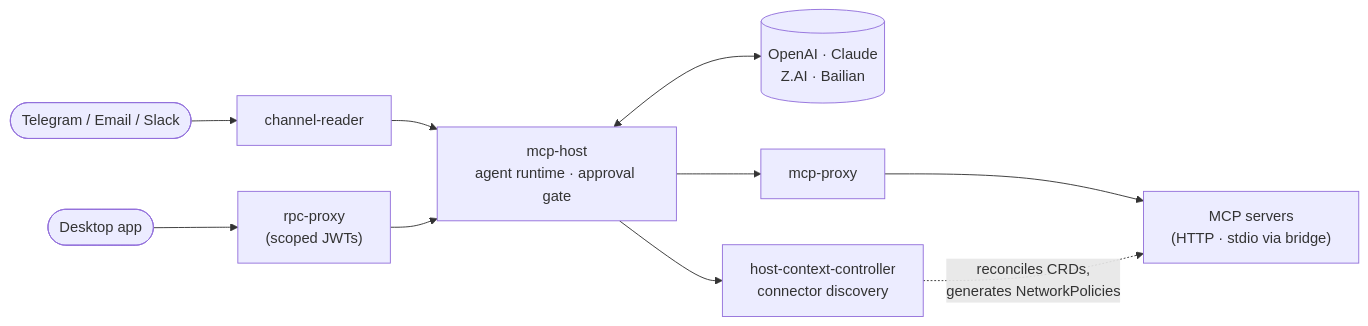
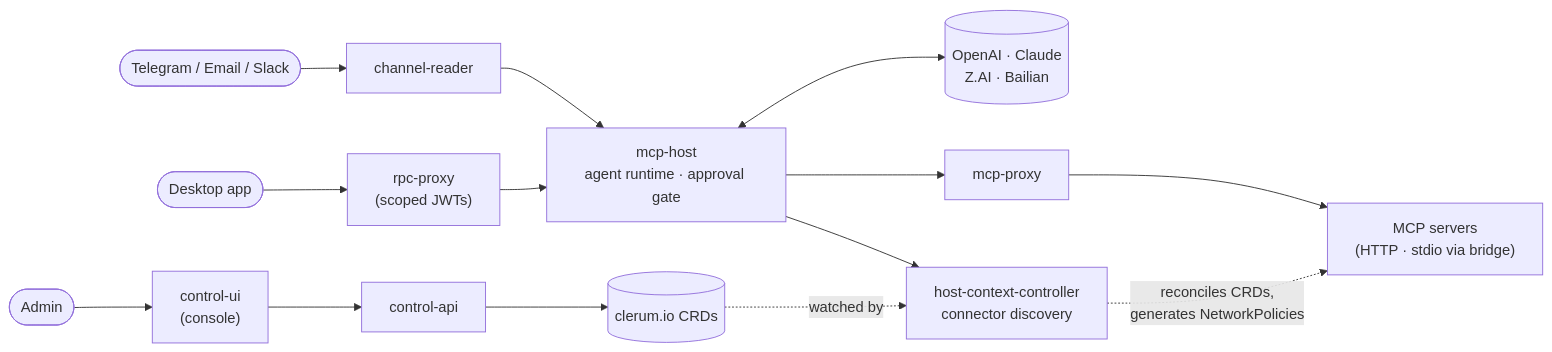
The second of 2 diagrams in README.md (evenfire-ai/evenfire), drawn with Mermaid before and after one commit. The commit also changed other lines of this file and 1 other file, not shown here.

First line of the commit message:
docs: make the console and client first-class in the pitch and diagrams

````diff
--- a/README.md
+++ b/README.md
@@ -178,11 +187,14 @@
 ```mermaid
 flowchart LR
     TG([Telegram / Email / Slack]) --> CR[channel-reader]
     DA([Desktop app]) --> RP["rpc-proxy<br/>(scoped JWTs)"]
+    ADM([Admin]) --> CU["control-ui<br/>(console)"] --> CAPI["control-api"]
+    CAPI --> CRDS[("clerum.io CRDs")]
     CR --> MH["mcp-host<br/>agent runtime · approval gate"]
     RP --> MH
     MH <--> LLM[("OpenAI · Claude<br/>Z.AI · Bailian")]
     MH --> HCC["host-context-controller<br/>connector discovery"]
     MH --> MP[mcp-proxy] --> MCP["MCP servers<br/>(HTTP · stdio via bridge)"]
+    CRDS -.watched by.-> HCC
     HCC -. "reconciles CRDs,<br/>generates NetworkPolicies" .-> MCP
 ```
````
